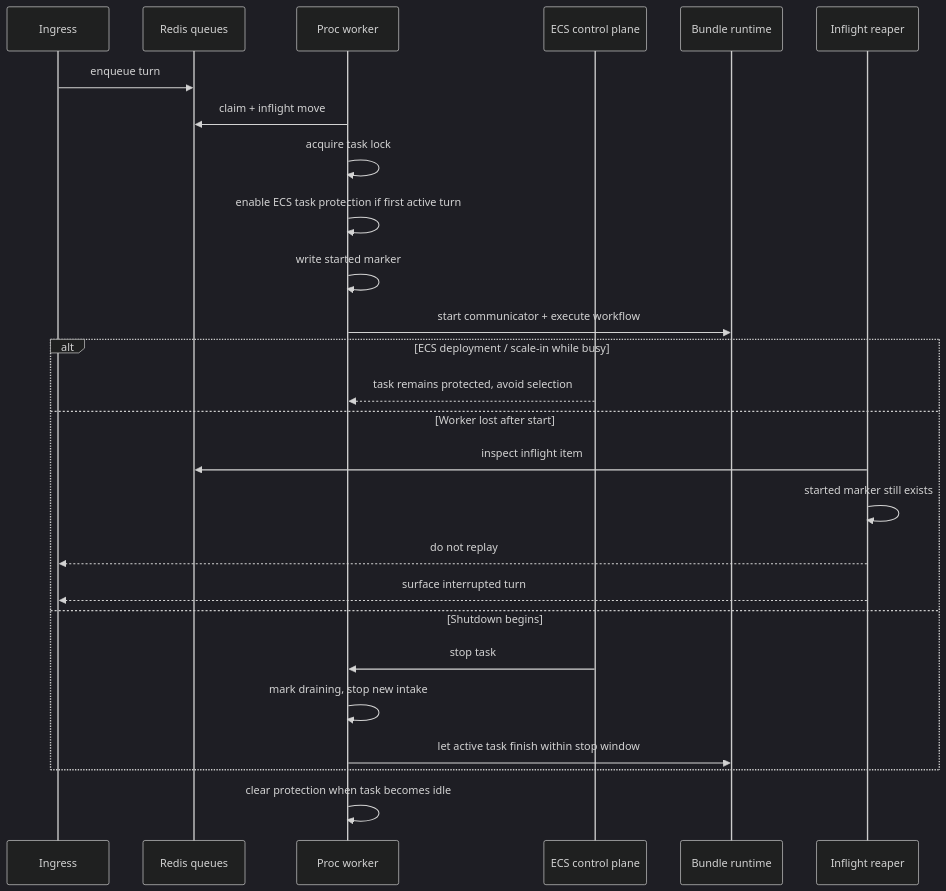
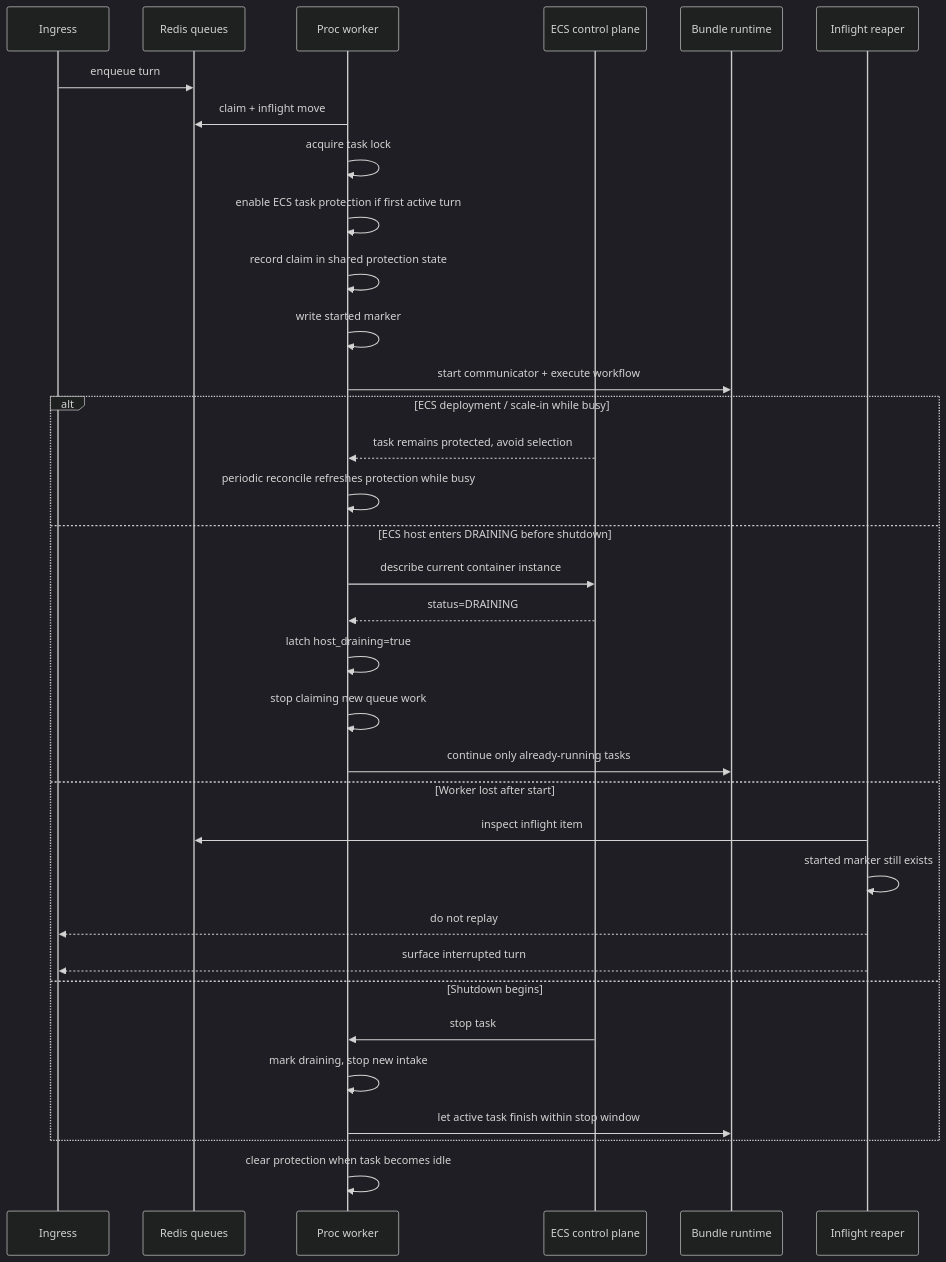
Before and after one commit to kdcube/kdcube-ai-app: the third of 3 diagrams in app/ai-app/docs/arch/proc/longrun-protection-README.md, drawn with Mermaid (dark theme). The commit also changed other lines of this file, not shown here.

Commit message:
Document ECS host-drain protection for proc

````diff
--- a/app/ai-app/docs/arch/proc/longrun-protection-README.md
+++ b/app/ai-app/docs/arch/proc/longrun-protection-README.md
@@ -158,31 +315,39 @@
 ```mermaid
 sequenceDiagram
     participant I as Ingress
     participant Q as Redis queues
     participant P as Proc worker
     participant ECS as ECS control plane
     participant R as Bundle runtime
     participant Reaper as Inflight reaper
 
     I->>Q: enqueue turn
     P->>Q: claim + inflight move
     P->>P: acquire task lock
     P->>P: enable ECS task protection if first active turn
+    P->>P: record claim in shared protection state
     P->>P: write started marker
     P->>R: start communicator + execute workflow
 
     alt ECS deployment / scale-in while busy
         ECS-->>P: task remains protected, avoid selection
+        P->>P: periodic reconcile refreshes protection while busy
+    else ECS host enters DRAINING before shutdown
+        P->>ECS: describe current container instance
+        ECS-->>P: status=DRAINING
+        P->>P: latch host_draining=true
+        P->>P: stop claiming new queue work
+        P->>R: continue only already-running tasks
     else Worker lost after start
         Reaper->>Q: inspect inflight item
         Reaper->>Reaper: started marker still exists
         Reaper-->>I: do not replay
         Reaper-->>I: surface interrupted turn
     else Shutdown begins
         ECS->>P: stop task
         P->>P: mark draining, stop new intake
         P->>R: let active task finish within stop window
     end
 
     P->>P: clear protection when task becomes idle
 ```
````
